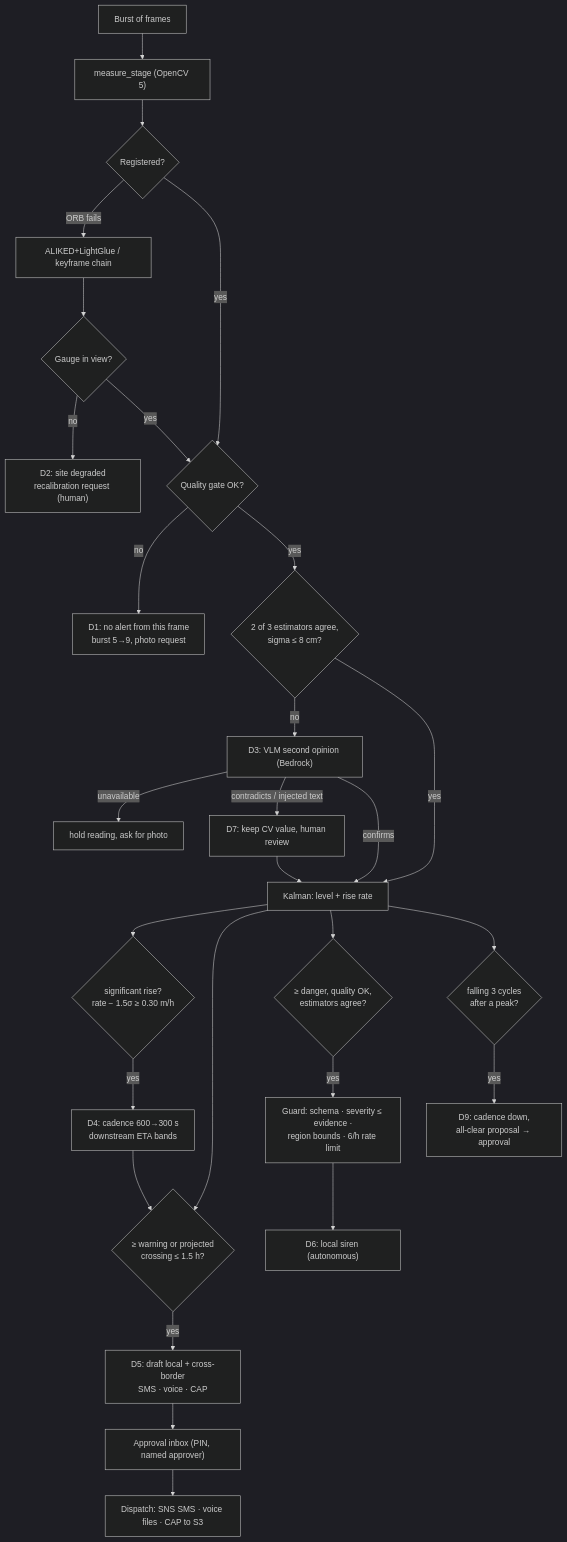
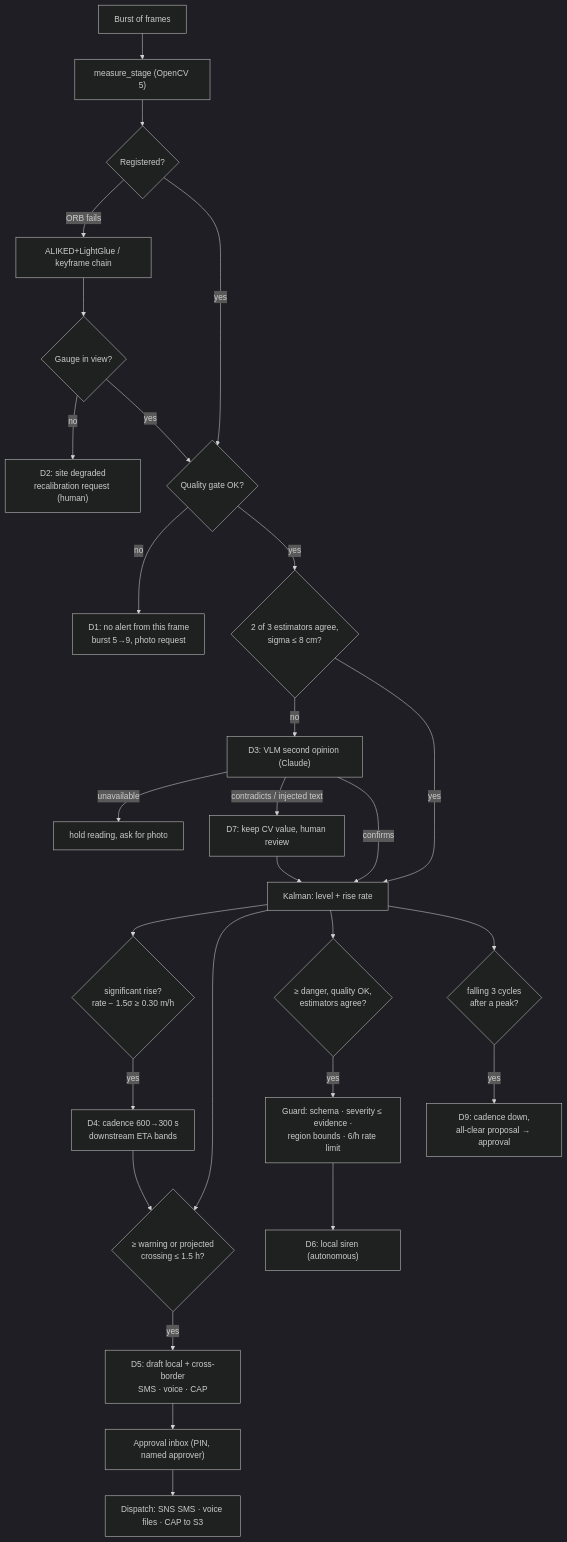
The second of 2 diagrams in docs/ARCHITECTURE.md (Prashant-thakur77/JalRekha), drawn with Mermaid (dark theme) before and after one commit. The commit also changed other lines of this file and 129 other files, not shown here.

````diff
--- a/docs/ARCHITECTURE.md
+++ b/docs/ARCHITECTURE.md
@@ -47,30 +47,30 @@
 ```mermaid
 flowchart TD
   F["Burst of frames"] --> M["measure_stage (OpenCV 5)"]
   M --> R{"Registered?"}
   R -- "ORB fails" --> H["ALIKED+LightGlue / keyframe chain"]
   H --> R2{"Gauge in view?"}
   R2 -- no --> DEG["D2: site degraded<br/>recalibration request (human)"]
   R2 -- yes --> Q
   R -- yes --> Q{"Quality gate OK?"}
   Q -- no --> D1["D1: no alert from this frame<br/>burst 5→9, photo request"]
   Q -- yes --> C{"2 of 3 estimators agree,<br/>sigma ≤ 8 cm?"}
-  C -- no --> V["D3: VLM second opinion (Bedrock)"]
+  C -- no --> V["D3: VLM second opinion (Claude)"]
   V -- "unavailable" --> HOLD["hold reading, ask for photo"]
   V -- "contradicts / injected text" --> D7["D7: keep CV value, human review"]
   V -- confirms --> K
   C -- yes --> K["Kalman: level + rise rate"]
   D7 --> K
   K --> FAST{"significant rise?<br/>rate − 1.5σ ≥ 0.30 m/h"}
   FAST -- yes --> D4["D4: cadence 600→300 s<br/>downstream ETA bands"]
   K --> W{"≥ warning or projected<br/>crossing ≤ 1.5 h?"}
   D4 --> W
   W -- yes --> D5["D5: draft local + cross-border<br/>SMS · voice · CAP"]
   D5 --> APPR["Approval inbox (PIN, named approver)"]
   K --> DG{"≥ danger, quality OK,<br/>estimators agree?"}
   DG -- yes --> G["Guard: schema · severity ≤ evidence ·<br/>region bounds · 6/h rate limit"]
   G --> D6["D6: local siren (autonomous)"]
   K --> FALL{"falling 3 cycles<br/>after a peak?"}
   FALL -- yes --> D9["D9: cadence down,<br/>all-clear proposal → approval"]
   APPR --> DISP["Dispatch: SNS SMS · voice files · CAP to S3"]
 ```
````
